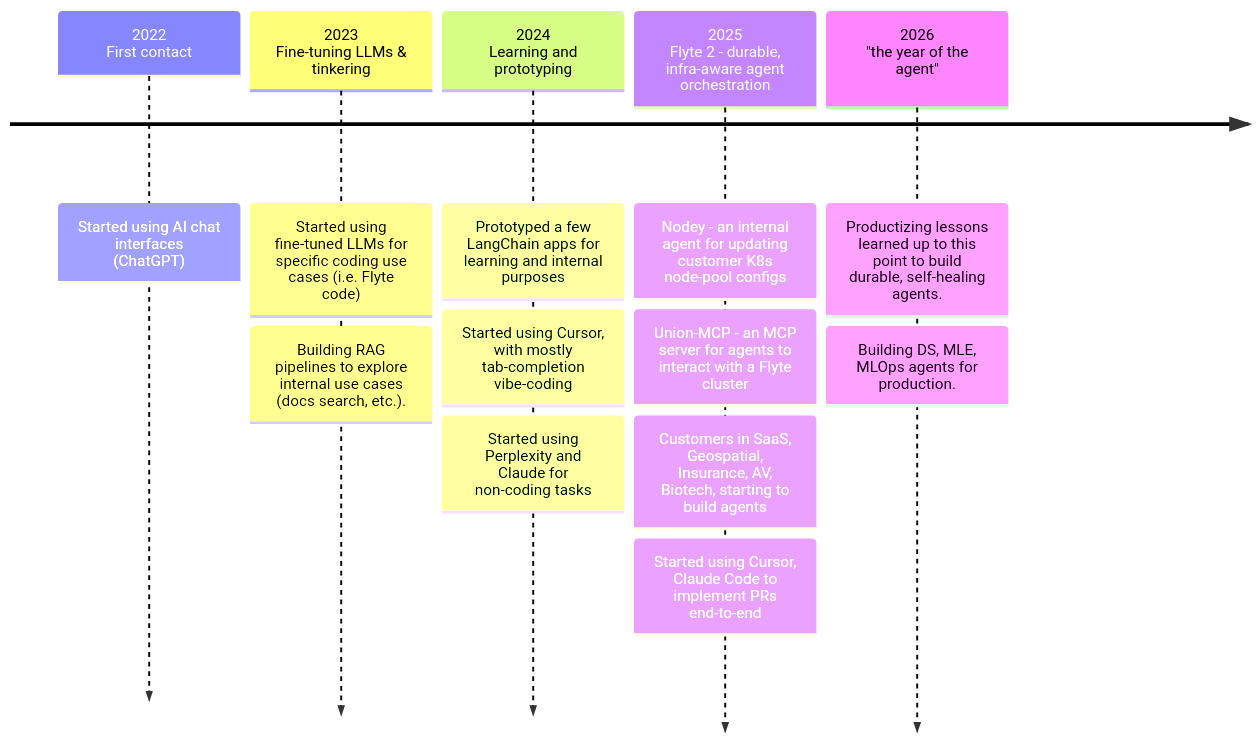
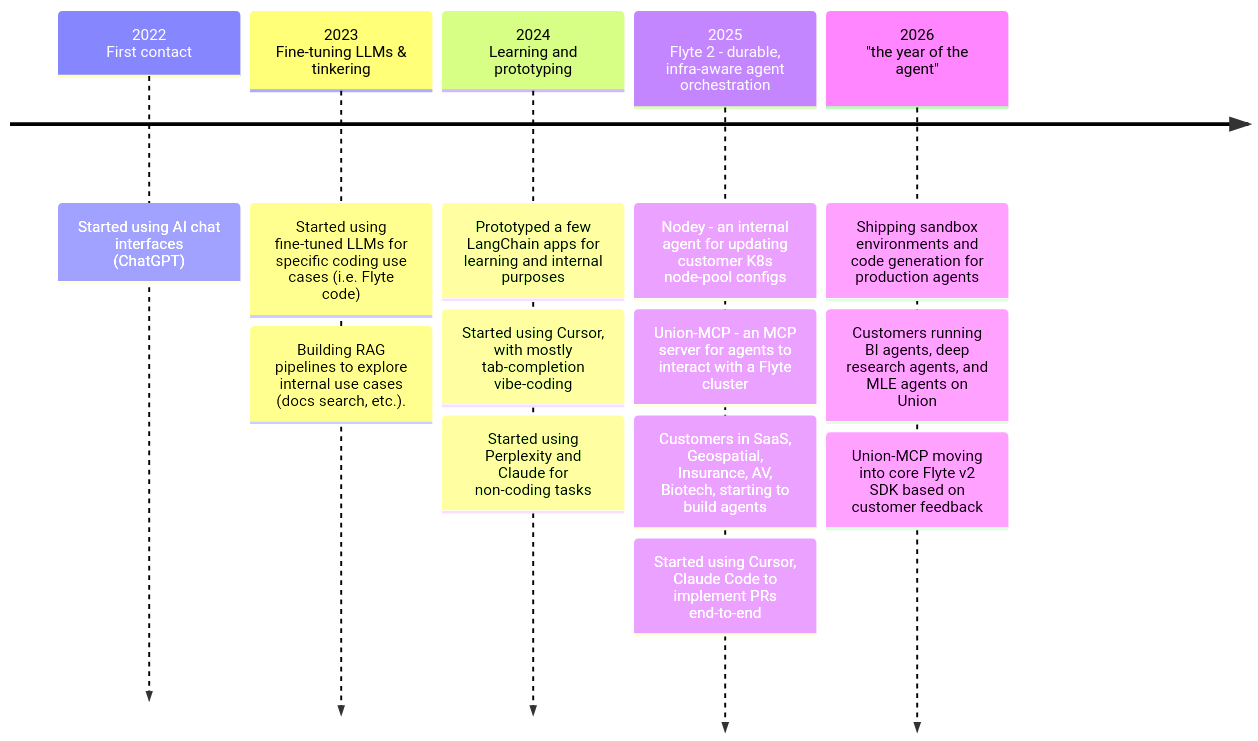
One commit to unionai-oss/conference-talks changed the first of 7 diagrams in slides/mlops-south-bay-2026/slides.md. Above: the diagram before and after it, drawn with Mermaid. The commit also changed other lines of this file and 1 other file, not shown here.

Commit message:
Updates for Seattle MLOPS

````diff
--- a/slides/mlops-south-bay-2026/slides.md
+++ b/slides/mlops-south-bay-2026/slides.md
@@ -65,15 +65,16 @@
 ```mermaid {scale: 0.55}
 timeline
   2022<br>First contact: Started using AI chat interfaces (ChatGPT)
   2023<br>Fine-tuning LLMs & tinkering: Started using fine-tuned LLMs for specific coding use cases (i.e. Flyte code)
     : Building RAG pipelines to explore internal use cases (docs search, etc.).
   2024<br>Learning and prototyping: Prototyped a few LangChain apps for learning and internal purposes
     : Started using Cursor, with mostly tab-completion vibe-coding
     : Started using Perplexity and Claude for non-coding tasks
   2025<br>Flyte 2 - durable, infra-aware agent orchestration: Nodey - an internal agent for updating customer K8s node-pool configs
     : Union-MCP - an MCP server for agents to interact with a Flyte cluster
     : Customers in SaaS, Geospatial, Insurance, AV, Biotech, starting to build agents
     : Started using Cursor, Claude Code to implement PRs end-to-end
-  2026<br>"the year of the agent": Productizing lessons learned up to this point to build durable, self-healing agents.
-    : Building DS, MLE, MLOps agents for production.
+  2026<br>"the year of the agent": Shipping sandbox environments and code generation for production agents
+    : Customers running BI agents, deep research agents, and MLE agents on Union
+    : Union-MCP moving into core Flyte v2 SDK based on customer feedback
 ```
````
